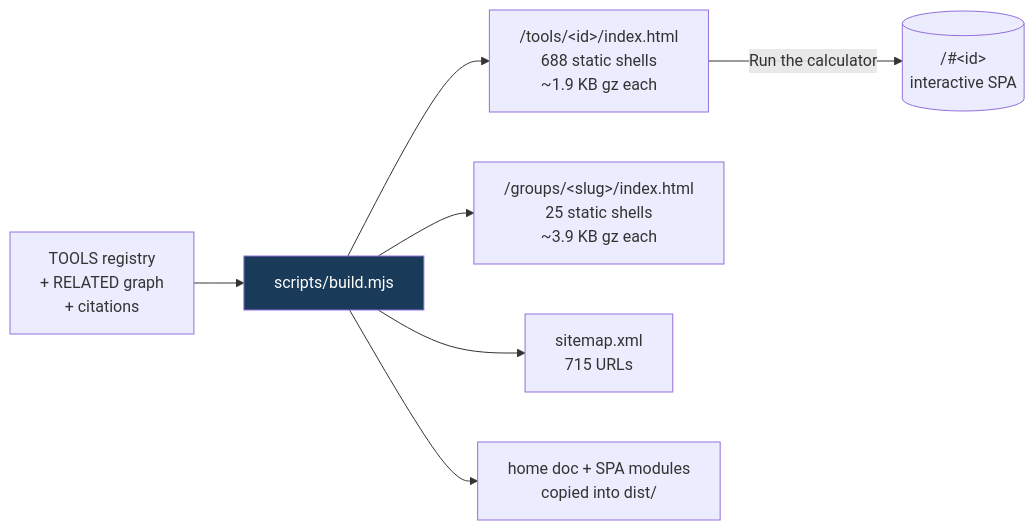
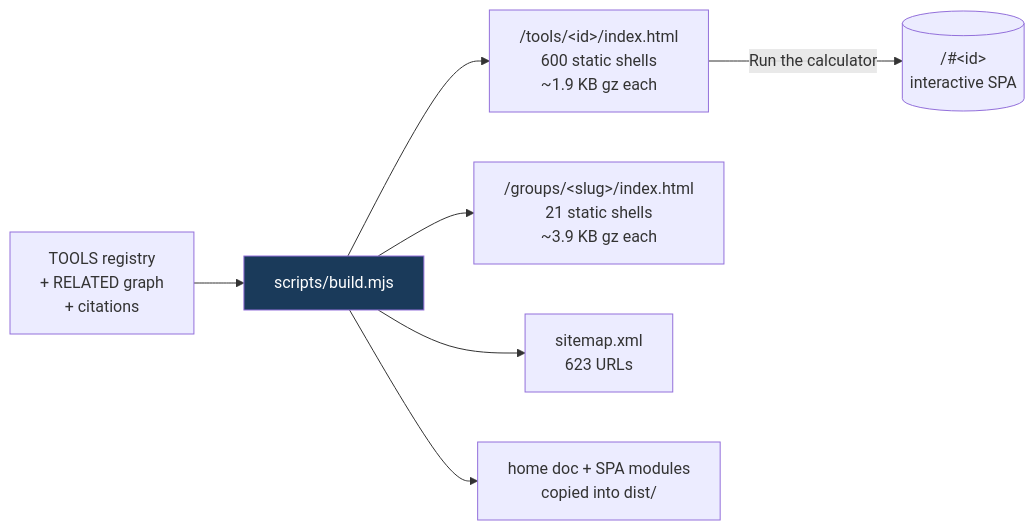
The fifth of 8 diagrams in README.md (clay-good/roughlogic.com), drawn with Mermaid before and after one commit. The commit also changed other lines of this file and 43 other files, not shown here.

````diff
--- a/README.md
+++ b/README.md
@@ -446,10 +444,10 @@
 ```mermaid
 flowchart LR
     SRC[TOOLS registry\n+ RELATED graph\n+ citations] --> BUILD[scripts/build.mjs]
-    BUILD --> TILE["/tools/&lt;id&gt;/index.html\n688 static shells\n~1.9 KB gz each"]
-    BUILD --> GROUP["/groups/&lt;slug&gt;/index.html\n25 static shells\n~3.9 KB gz each"]
-    BUILD --> MAP["sitemap.xml\n715 URLs"]
+    BUILD --> TILE["/tools/&lt;id&gt;/index.html\n600 static shells\n~1.9 KB gz each"]
+    BUILD --> GROUP["/groups/&lt;slug&gt;/index.html\n21 static shells\n~3.9 KB gz each"]
+    BUILD --> MAP["sitemap.xml\n623 URLs"]
     BUILD --> COPY[home doc + SPA modules\ncopied into dist/]
     TILE -->|Run the calculator| SPA[("/#&lt;id&gt;\ninteractive SPA")]
     style BUILD fill:#1a3a5a,color:#fff
 ```
````
